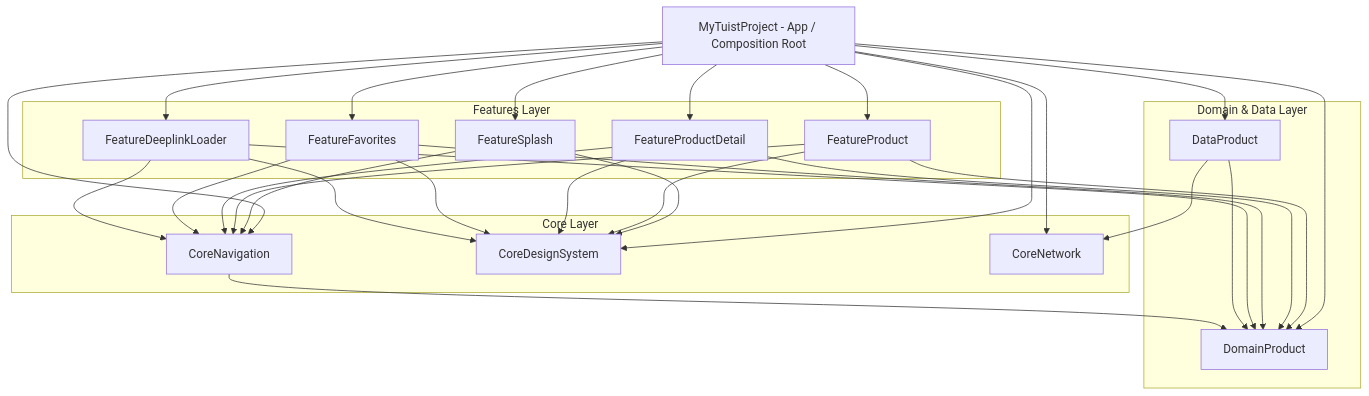
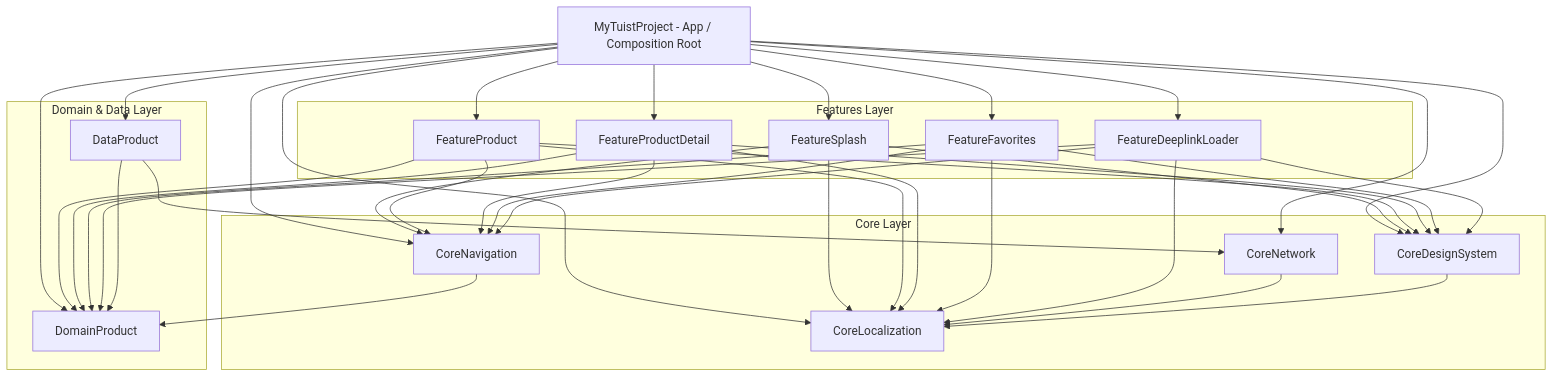
The diagram in README.md (raditsan/MyTuistProject), drawn with Mermaid before and after one commit. The commit also changed other lines of this file and 19 other files, not shown here.

````diff
--- a/README.md
+++ b/README.md
@@ -153,62 +154,71 @@
 ```mermaid
 graph TD
     App[MyTuistProject - App / Composition Root]
 
     subgraph Features Layer
         FS[FeatureSplash]
         FP[FeatureProduct]
         FPD[FeatureProductDetail]
         FF[FeatureFavorites]
         FDL[FeatureDeeplinkLoader]
     end
 
     subgraph Domain & Data Layer
         Domain[DomainProduct]
         Data[DataProduct]
     end
 
     subgraph Core Layer
         Nav[CoreNavigation]
         DS[CoreDesignSystem]
         Net[CoreNetwork]
+        Loc[CoreLocalization]
     end
 
     %% App Dependencies
     App --> FS
     App --> FP
     App --> FPD
     App --> FF
     App --> FDL
     App --> Domain
     App --> Data
     App --> Nav
     App --> DS
     App --> Net
+    App --> Loc
 
     %% Features Dependencies
     FS --> Nav
     FS --> DS
+    FS --> Loc
     
     FP --> Nav
     FP --> DS
     FP --> Domain
+    FP --> Loc
     
     FPD --> Nav
     FPD --> DS
     FPD --> Domain
+    FPD --> Loc
 
     FF --> Nav
     FF --> DS
     FF --> Domain
+    FF --> Loc
 
     FDL --> Nav
     FDL --> DS
     FDL --> Domain
+    FDL --> Loc
 
     %% Data & Domain Dependencies
     Data --> Domain
     Data --> Net
 
     %% Core Dependencies
     Nav --> Domain
+    Net --> Loc
+    DS --> Loc
 ```
````
